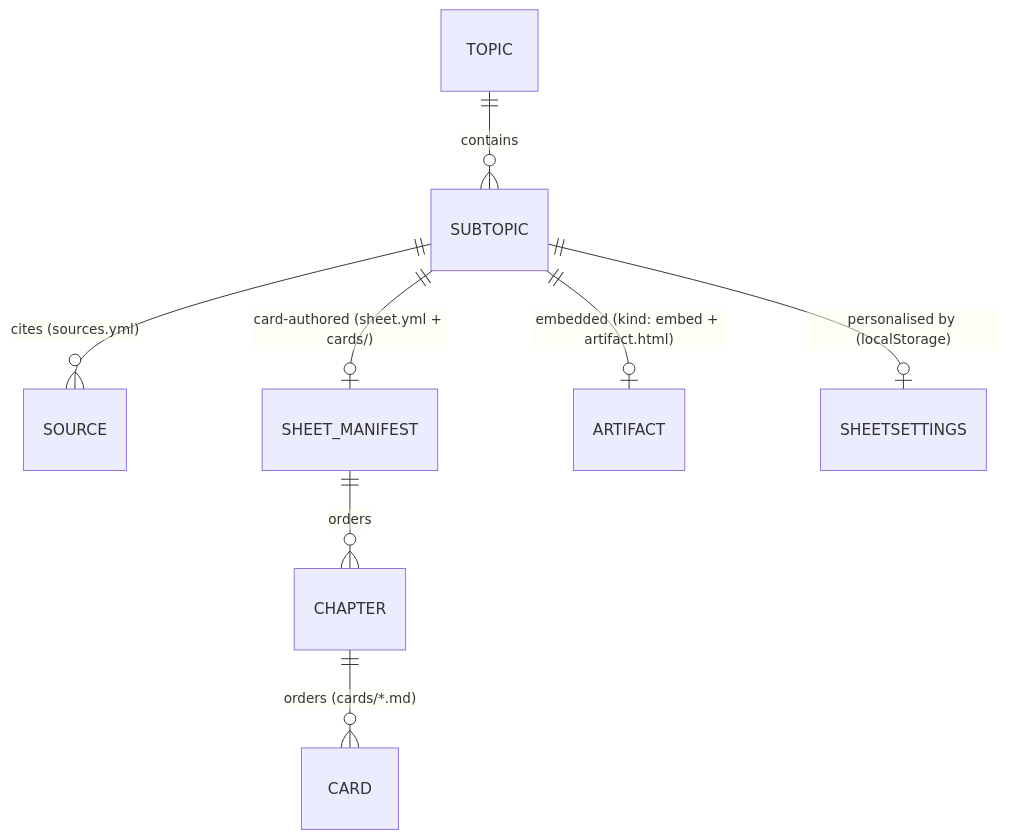
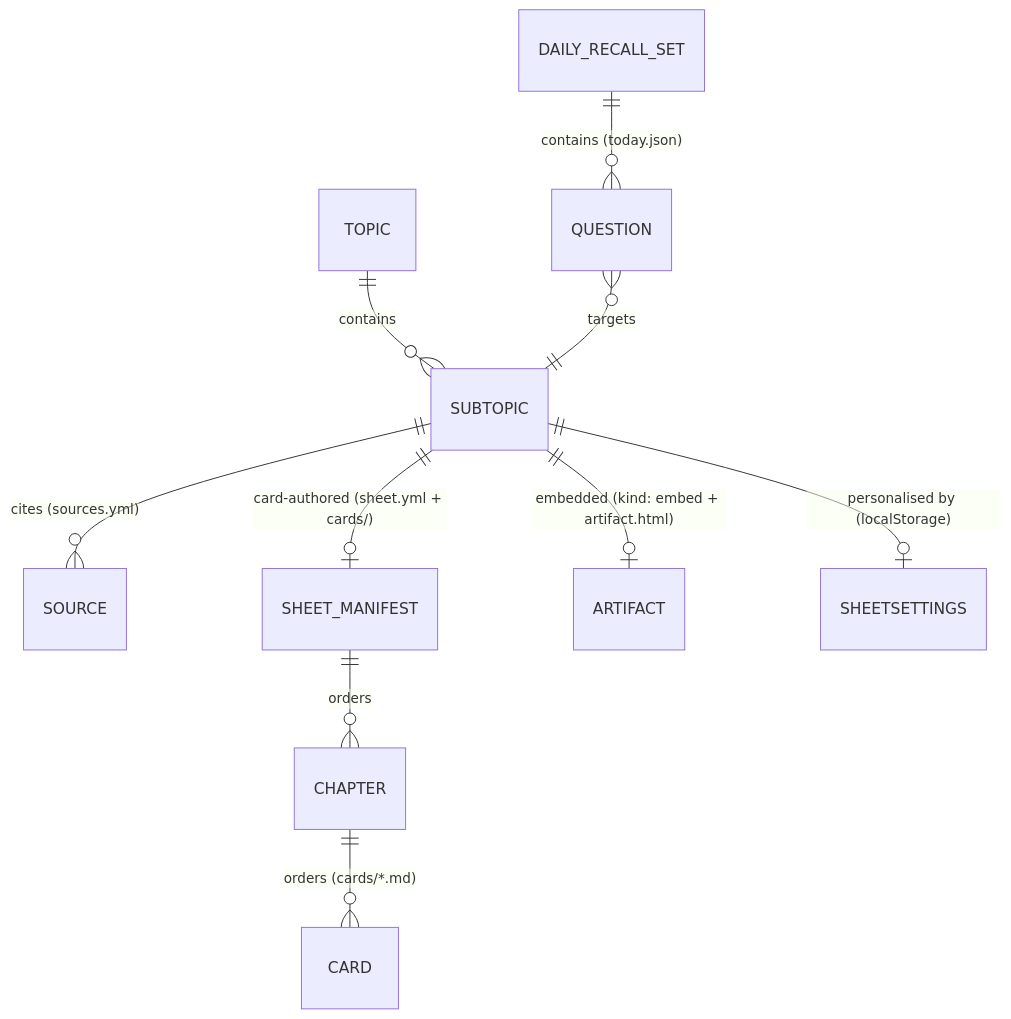
One commit to Povaz/cheatsheets changed the second of 2 diagrams in docs/hldd/hldd.md. Above: the diagram before and after it, drawn with Mermaid. The commit also changed other lines of this file and 3 other files, not shown here.

First line of the commit message:
docs: Daily Recall spec — new Retention Context (US-daily-recall)

````diff
--- a/docs/hldd/hldd.md
+++ b/docs/hldd/hldd.md
@@ -171,10 +174,12 @@
 ```mermaid
 erDiagram
     TOPIC ||--o{ SUBTOPIC : contains
     SUBTOPIC ||--o{ SOURCE : "cites (sources.yml)"
     SUBTOPIC ||--o| SHEET_MANIFEST : "card-authored (sheet.yml + cards/)"
     SUBTOPIC ||--o| ARTIFACT : "embedded (kind: embed + artifact.html)"
     SHEET_MANIFEST ||--o{ CHAPTER : "orders"
     CHAPTER ||--o{ CARD : "orders (cards/*.md)"
     SUBTOPIC ||--o| SHEETSETTINGS : "personalised by (localStorage)"
+    DAILY_RECALL_SET ||--o{ QUESTION : "contains (today.json)"
+    QUESTION }o--|| SUBTOPIC : "targets"
 ```
````
